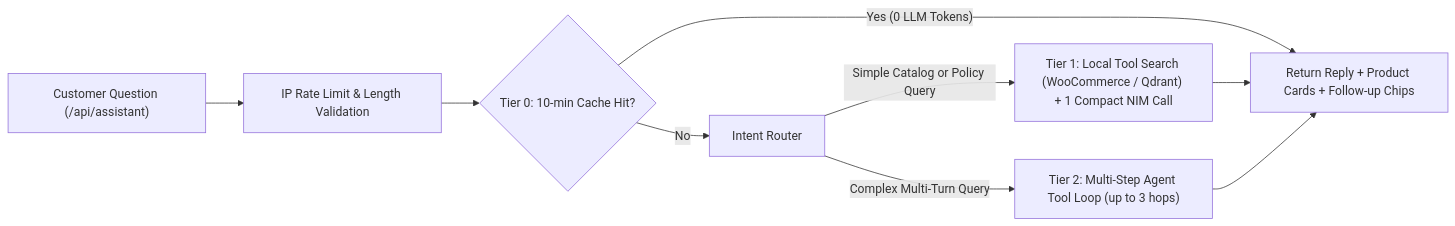
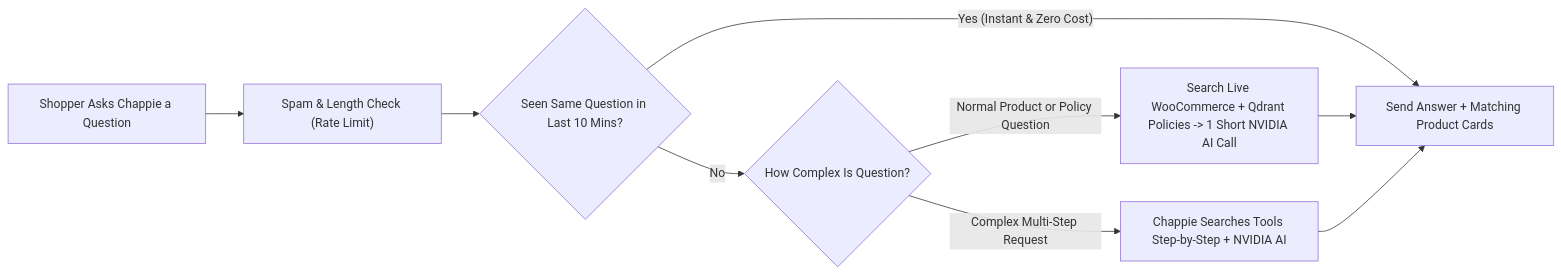
One commit to ashok135/interesting changed the fifth of 5 diagrams in PROJECT_ARCHITECTURE_GUIDE.md. Above: the diagram before and after it, drawn with Mermaid. The commit also changed other lines of this file and 3 other files, not shown here.

Commit message:
docs: human-friendly README with architecture diagrams

````diff
--- a/PROJECT_ARCHITECTURE_GUIDE.md
+++ b/PROJECT_ARCHITECTURE_GUIDE.md
@@ -153,11 +155,11 @@
 ```mermaid
 flowchart LR
-    Q["Customer Question (/api/assistant)"] --> RL["IP Rate Limit & Length Validation"]
-    RL --> T0{"Tier 0: 10-min Cache Hit?"}
-    T0 -->|"Yes (0 LLM Tokens)"| Resp["Return Reply + Product Cards + Follow-up Chips"]
-    T0 -->|"No"| Route["Intent Router"]
-    Route -->|"Simple Catalog or Policy Query"| T1["Tier 1: Local Tool Search (WooCommerce / Qdrant) + 1 Compact NIM Call"]
-    Route -->|"Complex Multi-Turn Query"| T2["Tier 2: Multi-Step Agent Tool Loop (up to 3 hops)"]
-    T1 --> Resp
-    T2 --> Resp
+    Ask["Shopper Asks Chappie a Question"] --> Filter["Spam & Length Check (Rate Limit)"]
+    Filter --> Tier0{"Seen Same Question in Last 10 Mins?"}
+    Tier0 -->|"Yes (Instant & Zero Cost)"| Reply["Send Answer + Matching Product Cards"]
+    Tier0 -->|"No"| Pick{"How Complex Is Question?"}
+    Pick -->|"Normal Product or Policy Question"| Tier1["Search Live WooCommerce + Qdrant Policies -> 1 Short NVIDIA AI Call"]
+    Pick -->|"Complex Multi-Step Request"| Tier2["Chappie Searches Tools Step-by-Step + NVIDIA AI"]
+    Tier1 --> Reply
+    Tier2 --> Reply
 ```
````
